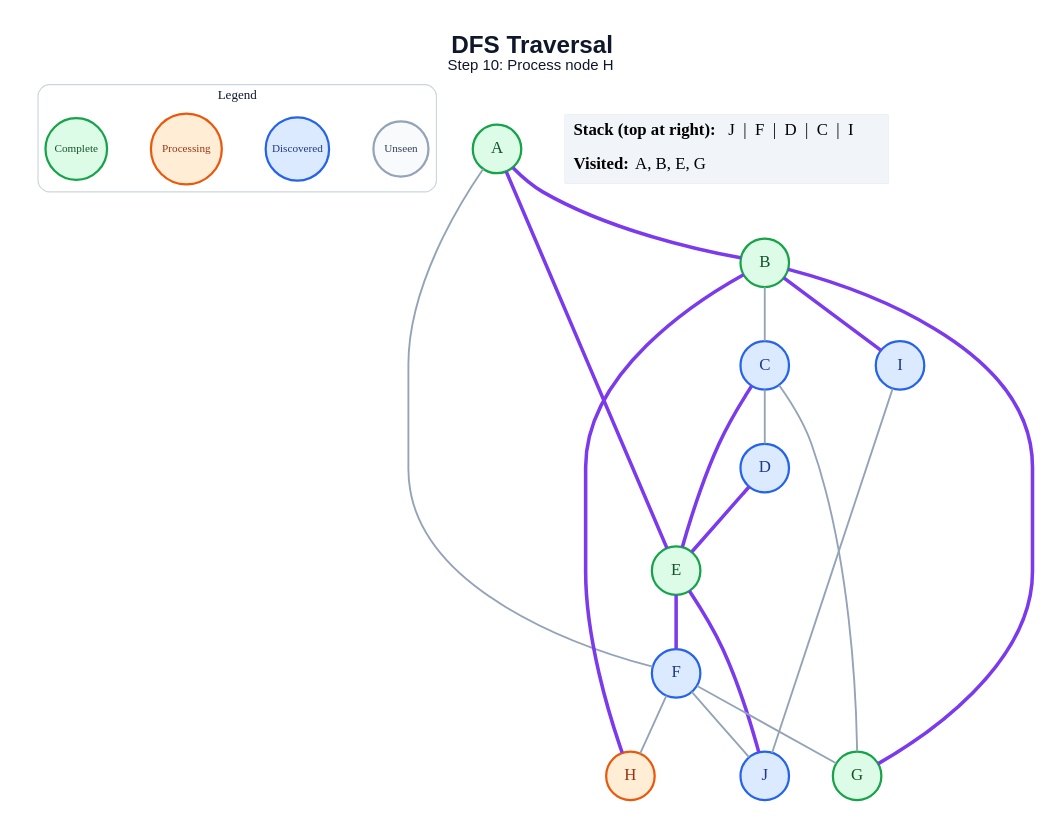
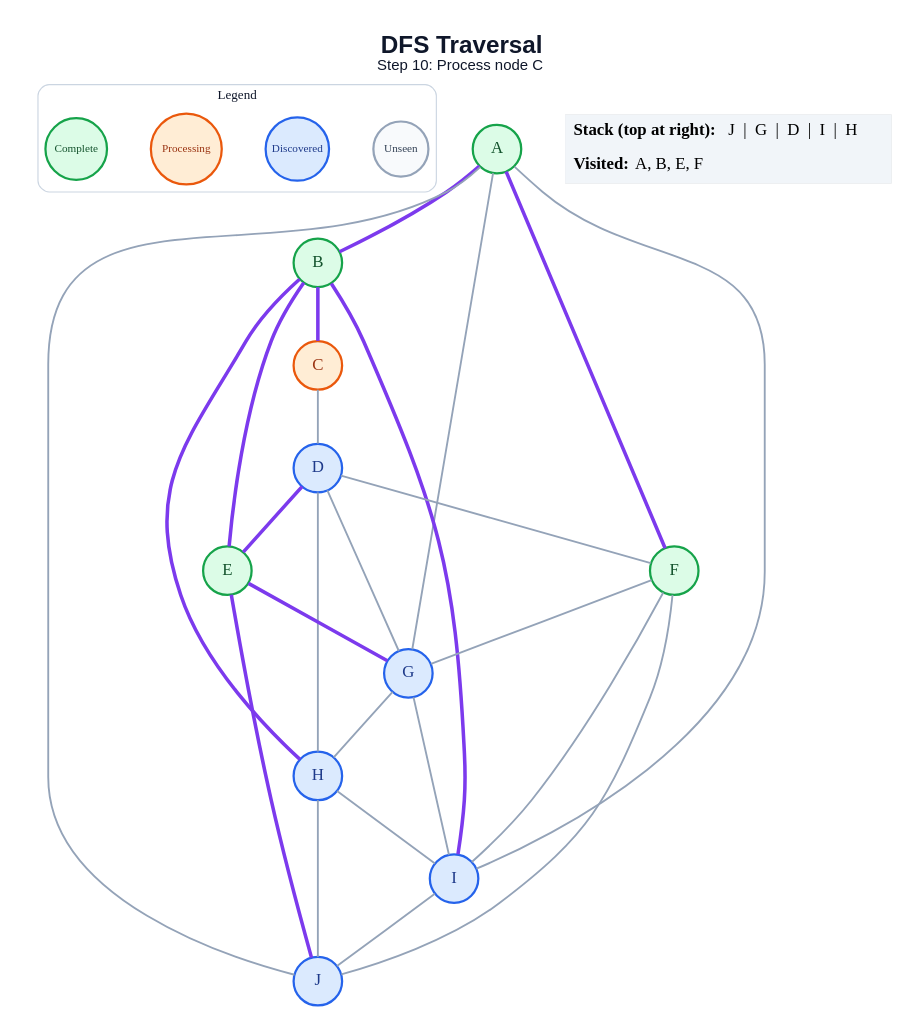
Before and after one commit to amanghodawala9/ai-slop: the diagram in generated/specific-node/dfs/step_10.dot, drawn with Graphviz. The commit also changed 178 other files, not shown here.

```diff
--- a/generated/specific-node/dfs/step_10.dot
+++ b/generated/specific-node/dfs/step_10.dot
@@ -1,46 +1,53 @@
 graph traversal {
   graph [layout=dot, rankdir=TB, bgcolor="#FFFFFF", pad="0.35", nodesep="0.65", ranksep="0.8", fontname="Arial"];
   node [shape=circle, style="filled", fontname="Arial Bold", fontsize=18, width=0.72, fixedsize=true, penwidth=2.4];
   edge [color="#94A3B8", penwidth=2.0];
-  label=<<B>DFS Traversal</B><BR/><FONT POINT-SIZE="16">Step 10: Process node H</FONT>>; labelloc="t"; fontsize=26; fontname="Arial"; fontcolor="#0F172A";
+  label=<<B>DFS Traversal</B><BR/><FONT POINT-SIZE="16">Step 10: Process node C</FONT>>; labelloc="t"; fontsize=26; fontname="Arial"; fontcolor="#0F172A";
   subgraph cluster_legend { label="Legend"; color="#CBD5E1"; penwidth=1.2; style="rounded"; fontsize=14; fontname="Arial Bold";
     key_unseen [label="Unseen", fillcolor="#F8FAFC", color="#94A3B8", fontcolor="#334155", fontsize=12, width=0.82];
     key_frontier [label="Discovered", fillcolor="#DBEAFE", color="#2563EB", fontcolor="#1E3A8A", fontsize=12, width=0.95];
     key_current [label="Processing", fillcolor="#FFEDD5", color="#EA580C", fontcolor="#9A3412", fontsize=12, width=1.05];
     key_done [label="Complete", fillcolor="#DCFCE7", color="#16A34A", fontcolor="#14532D", fontsize=12, width=0.92];
     { rank=same; key_unseen; key_frontier; key_current; key_done; }
   }
   A [fillcolor="#DCFCE7", color="#16A34A", fontcolor="#14532D"];
   B [fillcolor="#DCFCE7", color="#16A34A", fontcolor="#14532D"];
-  C [fillcolor="#DBEAFE", color="#2563EB", fontcolor="#1E3A8A"];
+  C [fillcolor="#FFEDD5", color="#EA580C", fontcolor="#9A3412"];
   D [fillcolor="#DBEAFE", color="#2563EB", fontcolor="#1E3A8A"];
   E [fillcolor="#DCFCE7", color="#16A34A", fontcolor="#14532D"];
-  F [fillcolor="#DBEAFE", color="#2563EB", fontcolor="#1E3A8A"];
-  G [fillcolor="#DCFCE7", color="#16A34A", fontcolor="#14532D"];
-  H [fillcolor="#FFEDD5", color="#EA580C", fontcolor="#9A3412"];
+  F [fillcolor="#DCFCE7", color="#16A34A", fontcolor="#14532D"];
+  G [fillcolor="#DBEAFE", color="#2563EB", fontcolor="#1E3A8A"];
+  H [fillcolor="#DBEAFE", color="#2563EB", fontcolor="#1E3A8A"];
   I [fillcolor="#DBEAFE", color="#2563EB", fontcolor="#1E3A8A"];
   J [fillcolor="#DBEAFE", color="#2563EB", fontcolor="#1E3A8A"];
   A -- B [color="#7C3AED", penwidth=3.8];
-  A -- E [color="#7C3AED", penwidth=3.8];
-  A -- F;
-  B -- C;
-  B -- G [color="#7C3AED", penwidth=3.8];
+  A -- F [color="#7C3AED", penwidth=3.8];
+  A -- G;
+  A -- I;
+  A -- J;
+  B -- C [color="#7C3AED", penwidth=3.8];
+  B -- E [color="#7C3AED", penwidth=3.8];
   B -- H [color="#7C3AED", penwidth=3.8];
   B -- I [color="#7C3AED", penwidth=3.8];
   C -- D;
-  C -- E [color="#7C3AED", penwidth=3.8];
-  C -- G;
   D -- E [color="#7C3AED", penwidth=3.8];
-  E -- F [color="#7C3AED", penwidth=3.8];
+  D -- F;
+  D -- G;
+  D -- H;
+  E -- G [color="#7C3AED", penwidth=3.8];
   E -- J [color="#7C3AED", penwidth=3.8];
   F -- G;
-  F -- H;
+  F -- I;
   F -- J;
+  G -- H;
+  G -- I;
+  H -- I;
+  H -- J;
   I -- J;
   status [shape=plain, fixedsize=false, width=0, height=0, margin=0, label=<
     <TABLE BORDER="0" CELLBORDER="0" CELLPADDING="7" BGCOLOR="#F1F5F9">
-      <TR><TD ALIGN="LEFT"><B>Stack (top at right):</B> J  |  F  |  D  |  C  |  I</TD></TR>
-      <TR><TD ALIGN="LEFT"><B>Visited:</B> A, B, E, G</TD></TR>
+      <TR><TD ALIGN="LEFT"><B>Stack (top at right):</B> J  |  G  |  D  |  I  |  H</TD></TR>
+      <TR><TD ALIGN="LEFT"><B>Visited:</B> A, B, E, F</TD></TR>
     </TABLE>
   >];
 }
```
